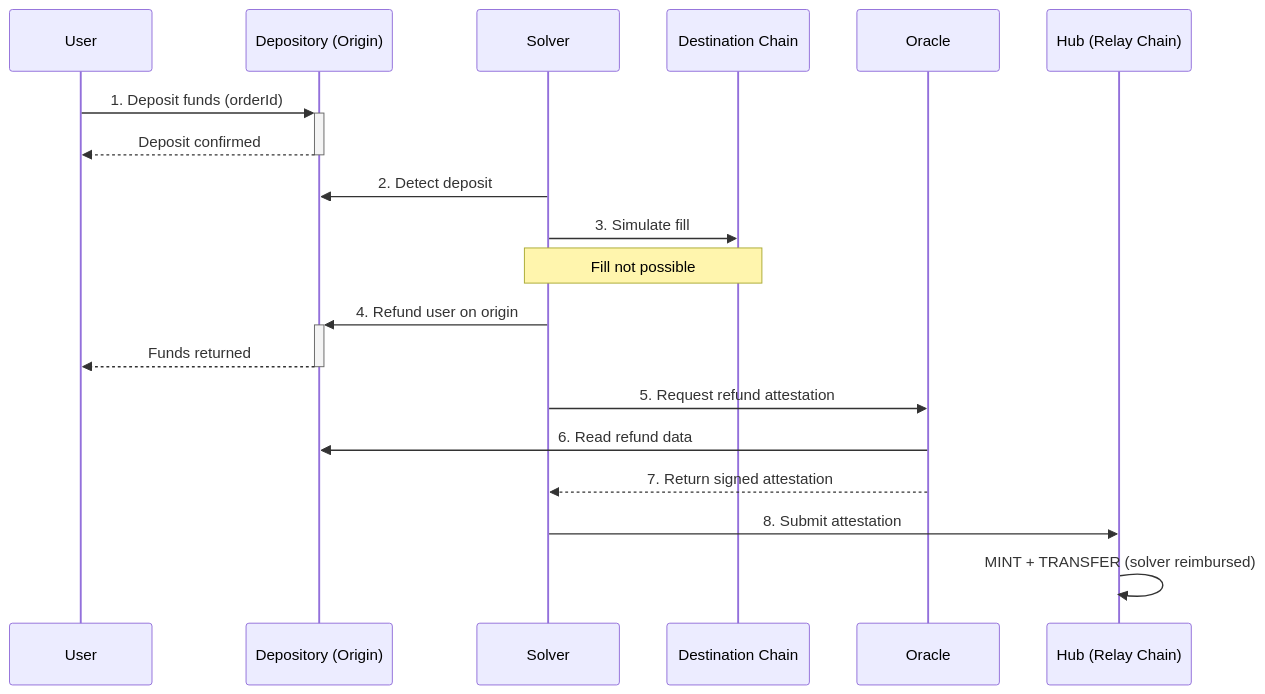
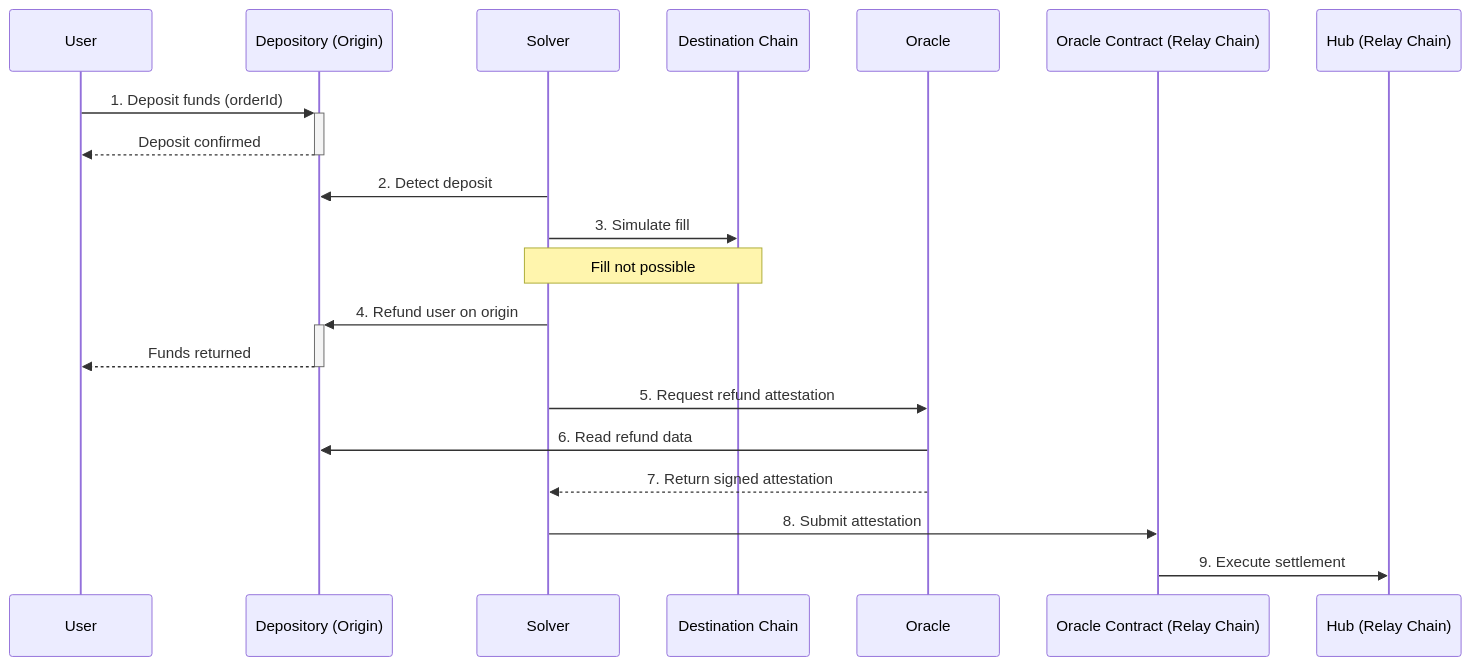
Before and after one commit to relayprotocol/relay-docs: the fifth of 5 diagrams in references/protocol/how-it-works.mdx, drawn with Mermaid. The commit also changed other lines of this file and 4 other files, not shown here.

Commit message:
Correct high-level protocol flow docs

````diff
--- a/references/protocol/how-it-works.mdx
+++ b/references/protocol/how-it-works.mdx
@@ -183,22 +187,23 @@
 ```mermaid
 sequenceDiagram
     participant User
     participant Depository as Depository (Origin)
     participant Solver
     participant Dest as Destination Chain
     participant Oracle
+    participant OC as Oracle Contract (Relay Chain)
     participant Hub as Hub (Relay Chain)
 
     User->>+Depository: 1. Deposit funds (orderId)
     Depository-->>-User: Deposit confirmed
     Solver->>Depository: 2. Detect deposit
     Solver->>Dest: 3. Simulate fill
     Note over Solver,Dest: Fill not possible
     Solver->>+Depository: 4. Refund user on origin
     Depository-->>-User: Funds returned
     Solver->>Oracle: 5. Request refund attestation
     Oracle->>Depository: 6. Read refund data
     Oracle-->>Solver: 7. Return signed attestation
-    Solver->>Hub: 8. Submit attestation
-    Hub->>Hub: MINT + TRANSFER (solver reimbursed)
+    Solver->>OC: 8. Submit attestation
+    OC->>Hub: 9. Execute settlement
 ```
````
